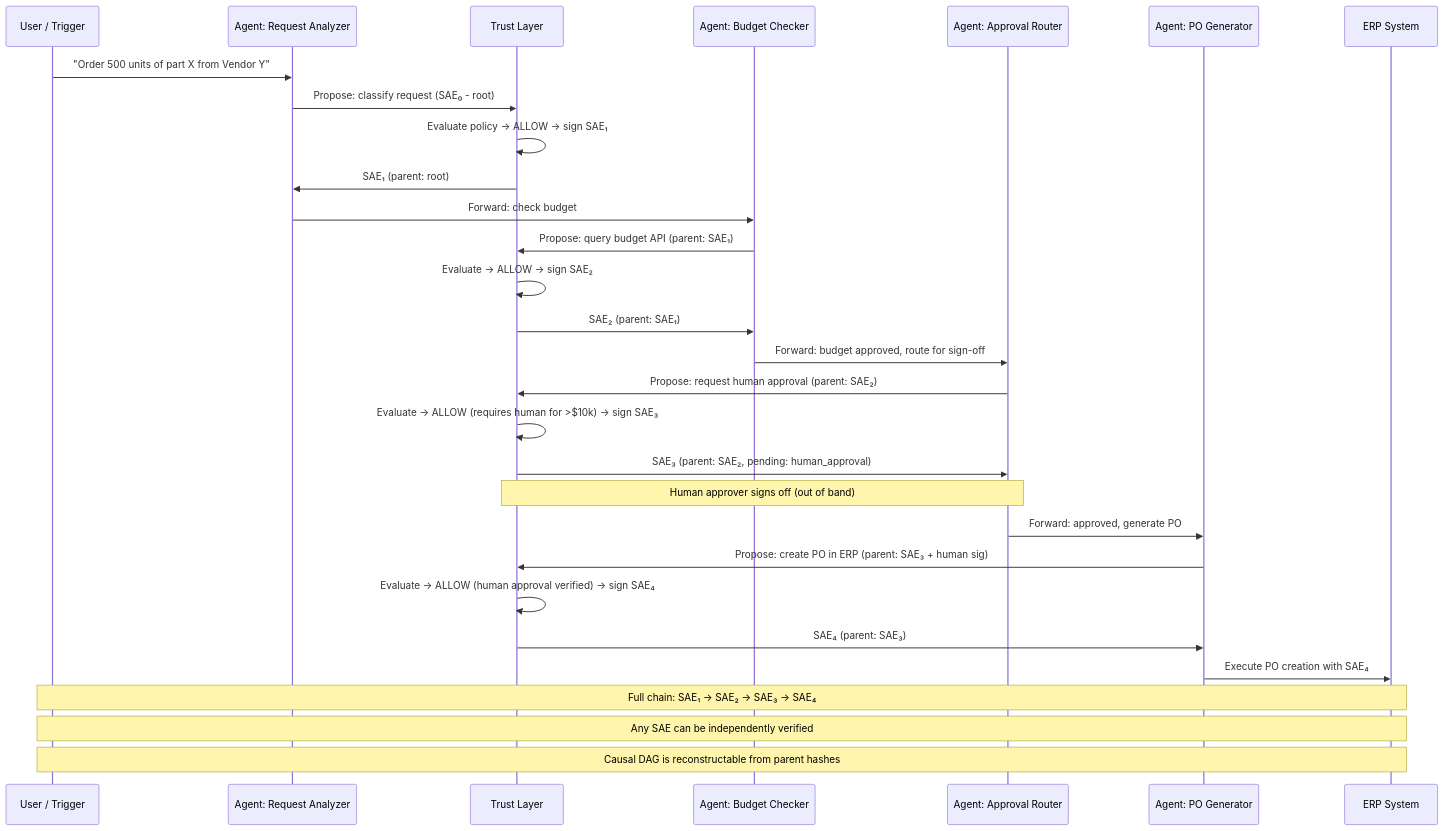
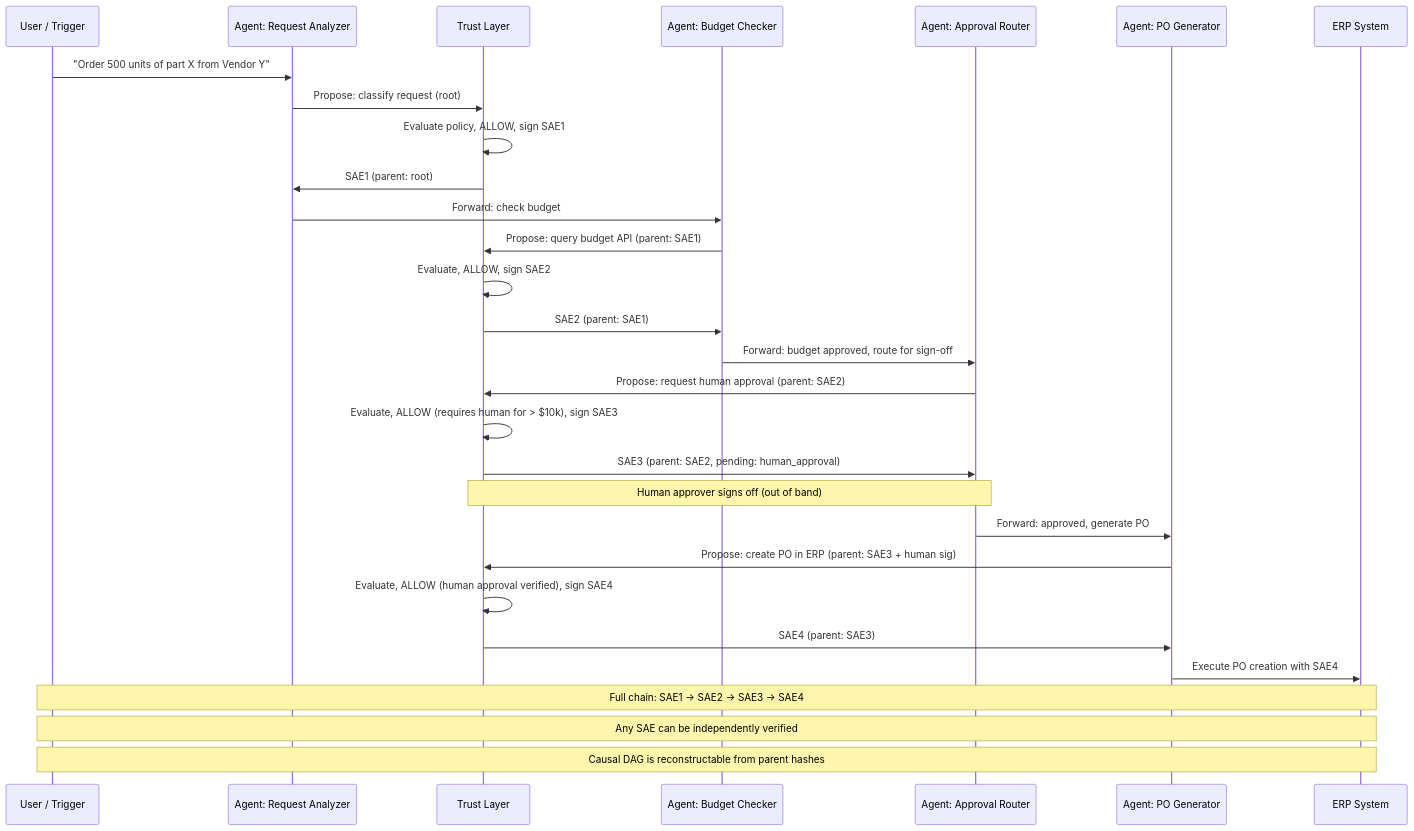
One commit to kjayashr/cryptographic-trust-layer changed the ninth of 16 diagrams in cryptographic-trust-layer-thesis.md. Above: the diagram before and after it, drawn with Mermaid. The commit also changed other lines of this file, not shown here.

First line of the commit message:
Fix mermaid diagrams and add 10,000ft architecture overview

````diff
--- a/cryptographic-trust-layer-thesis.md
+++ b/cryptographic-trust-layer-thesis.md
@@ -319,37 +371,37 @@
 ```mermaid
 sequenceDiagram
     participant U as User / Trigger
     participant A1 as Agent: Request Analyzer
     participant TL as Trust Layer
     participant A2 as Agent: Budget Checker
     participant A3 as Agent: Approval Router
     participant A4 as Agent: PO Generator
     participant ERP as ERP System
 
     U->>A1: "Order 500 units of part X from Vendor Y"
-    A1->>TL: Propose: classify request (SAE₀ - root)
-    TL->>TL: Evaluate policy → ALLOW → sign SAE₁
-    TL->>A1: SAE₁ (parent: root)
+    A1->>TL: Propose: classify request (root)
+    TL->>TL: Evaluate policy, ALLOW, sign SAE1
+    TL->>A1: SAE1 (parent: root)
 
     A1->>A2: Forward: check budget
-    A2->>TL: Propose: query budget API (parent: SAE₁)
-    TL->>TL: Evaluate → ALLOW → sign SAE₂
-    TL->>A2: SAE₂ (parent: SAE₁)
+    A2->>TL: Propose: query budget API (parent: SAE1)
+    TL->>TL: Evaluate, ALLOW, sign SAE2
+    TL->>A2: SAE2 (parent: SAE1)
 
     A2->>A3: Forward: budget approved, route for sign-off
-    A3->>TL: Propose: request human approval (parent: SAE₂)
-    TL->>TL: Evaluate → ALLOW (requires human for >$10k) → sign SAE₃
-    TL->>A3: SAE₃ (parent: SAE₂, pending: human_approval)
+    A3->>TL: Propose: request human approval (parent: SAE2)
+    TL->>TL: Evaluate, ALLOW (requires human for > $10k), sign SAE3
+    TL->>A3: SAE3 (parent: SAE2, pending: human_approval)
 
     Note over A3,TL: Human approver signs off (out of band)
 
     A3->>A4: Forward: approved, generate PO
-    A4->>TL: Propose: create PO in ERP (parent: SAE₃ + human sig)
-    TL->>TL: Evaluate → ALLOW (human approval verified) → sign SAE₄
-    TL->>A4: SAE₄ (parent: SAE₃)
-    A4->>ERP: Execute PO creation with SAE₄
+    A4->>TL: Propose: create PO in ERP (parent: SAE3 + human sig)
+    TL->>TL: Evaluate, ALLOW (human approval verified), sign SAE4
+    TL->>A4: SAE4 (parent: SAE3)
+    A4->>ERP: Execute PO creation with SAE4
 
-    Note over U,ERP: Full chain: SAE₁ → SAE₂ → SAE₃ → SAE₄
+    Note over U,ERP: Full chain: SAE1 -> SAE2 -> SAE3 -> SAE4
     Note over U,ERP: Any SAE can be independently verified
     Note over U,ERP: Causal DAG is reconstructable from parent hashes
 ```
````
